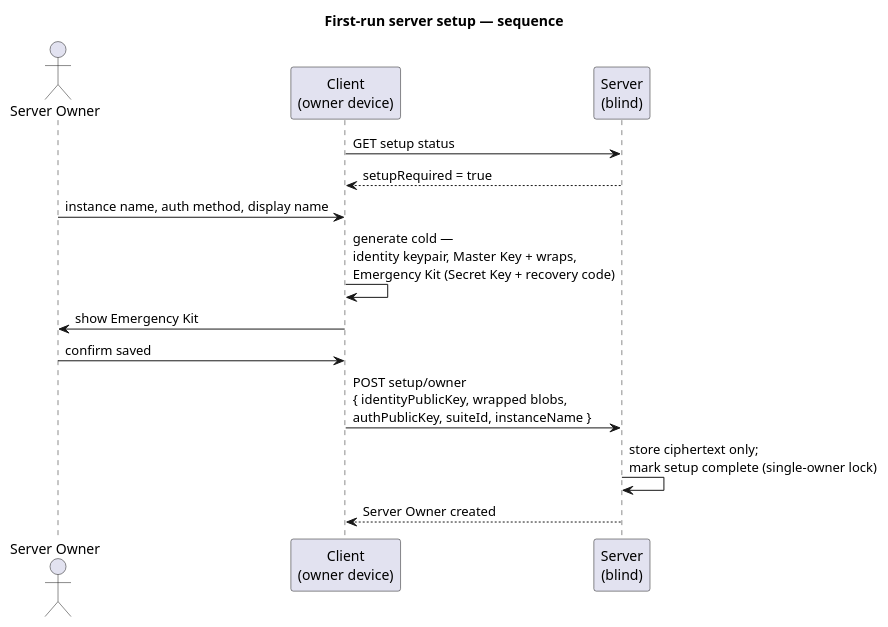
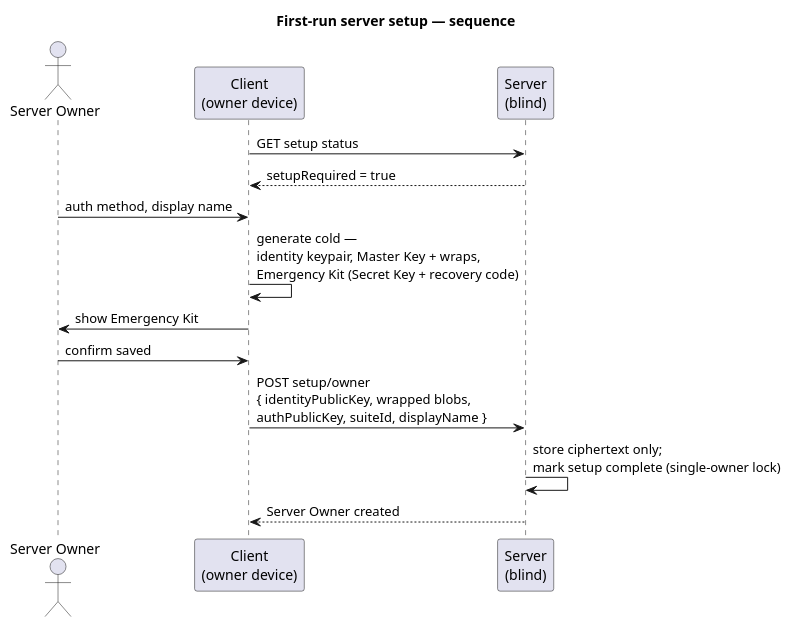
Before and after one commit to raddatzk/veyq-no-e2ee: the first of 2 diagrams in docs/features/admin/use-cases/uc.admin.setup-server.md, drawn with PlantUML. The commit also changed other lines of this file and 4 other files, not shown here.

First line of the commit message:
docs: cr-0006 phase 5 — drop instance name from the setup use-case; cr-0006 done

````diff
--- a/docs/features/admin/use-cases/uc.admin.setup-server.md
+++ b/docs/features/admin/use-cases/uc.admin.setup-server.md
@@ -26,19 +26,19 @@
 ```plantuml
 @startuml
 title First-run server setup — sequence
 skinparam shadowing false
 actor "Server Owner" as O
 participant "Client\n(owner device)" as C
 participant "Server\n(blind)" as S
 
 C -> S : GET setup status
 S --> C : setupRequired = true
-O -> C : instance name, auth method, display name
+O -> C : auth method, display name
 C -> C : generate cold —\nidentity keypair, Master Key + wraps,\nEmergency Kit (Secret Key + recovery code)
 C -> O : show Emergency Kit
 O -> C : confirm saved
-C -> S : POST setup/owner\n{ identityPublicKey, wrapped blobs,\nauthPublicKey, suiteId, instanceName }
+C -> S : POST setup/owner\n{ identityPublicKey, wrapped blobs,\nauthPublicKey, suiteId, displayName }
 S -> S : store ciphertext only;\nmark setup complete (single-owner lock)
 S --> C : Server Owner created
 @enduml
 ```
````
